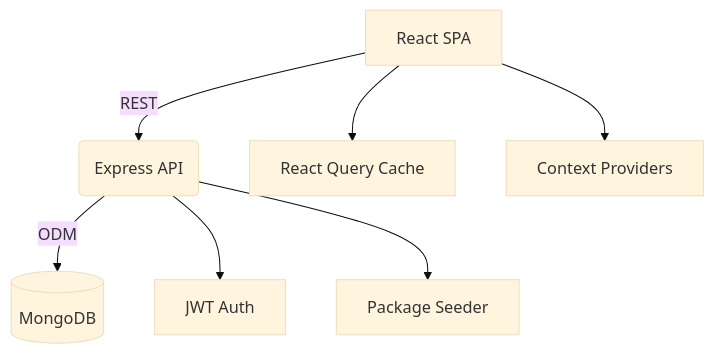
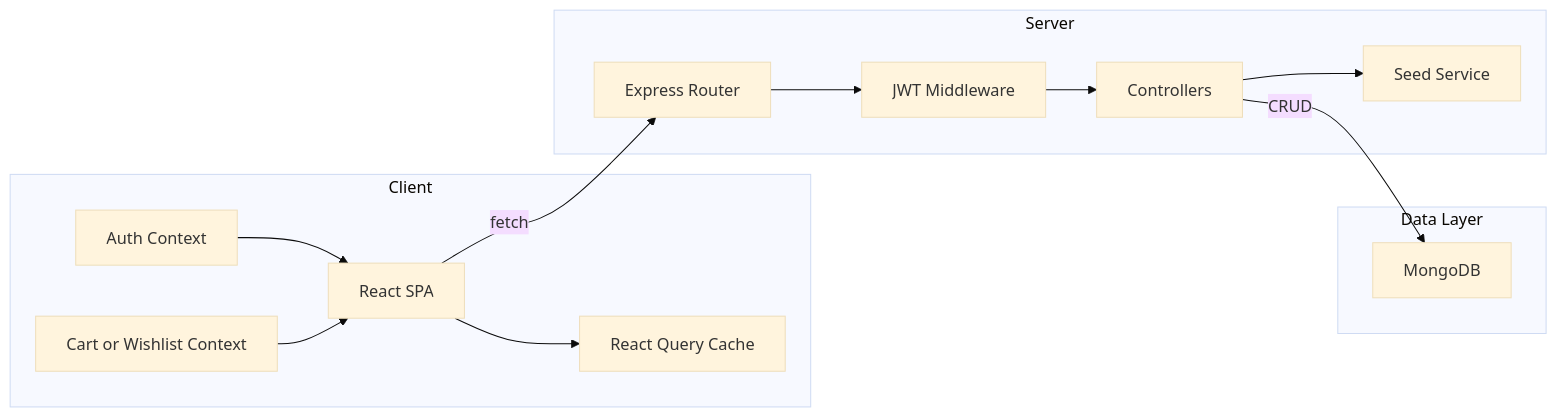
The first of 3 diagrams in README.md (Thesushmit/Travel-package-website), drawn with Mermaid (base theme) before and after one commit. The commit also changed other lines of this file and 6 other files, not shown here.

````diff
--- a/README.md
+++ b/README.md
@@ -46,9 +103,29 @@
 ```mermaid
-graph TD
-  A[React SPA] -->|REST| B(Express API)
-  B -->|ODM| C[(MongoDB)]
-  A --> D[React Query Cache]
-  A --> E[Context Providers]
-  B --> F[JWT Auth]
-  B --> G[Package Seeder]
+graph LR
+  subgraph Client
+    A[React SPA]
+    B[Auth Context]
+    C[Cart or Wishlist Context]
+    D[React Query Cache]
+  end
+
+  subgraph Server
+    E[Express Router]
+    F[Controllers]
+    G[JWT Middleware]
+    H[Seed Service]
+  end
+
+  subgraph Data Layer
+    I[MongoDB]
+  end
+
+  A -->|fetch| E
+  E --> G
+  G --> F
+  F -->|CRUD| I
+  F --> H
+  A --> D
+  B --> A
+  C --> A
 ```
````
